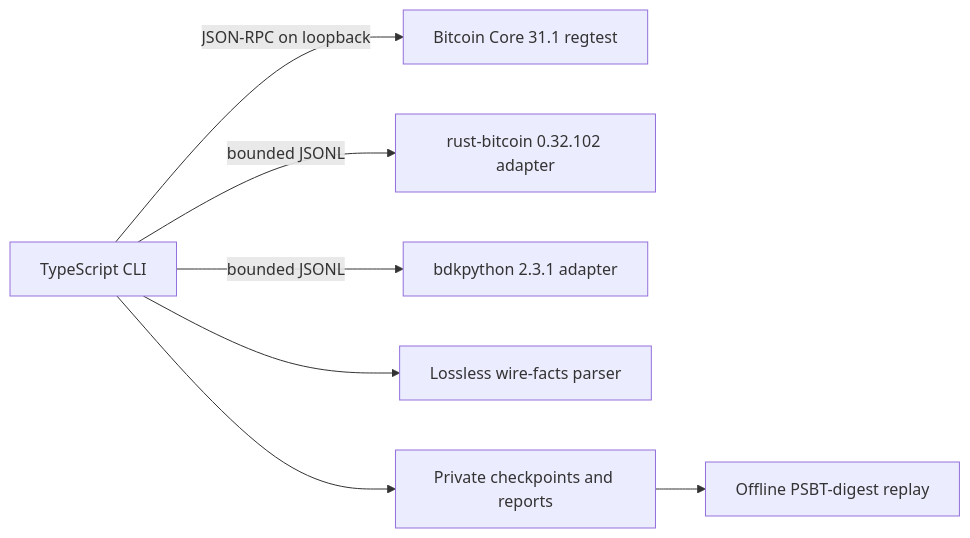
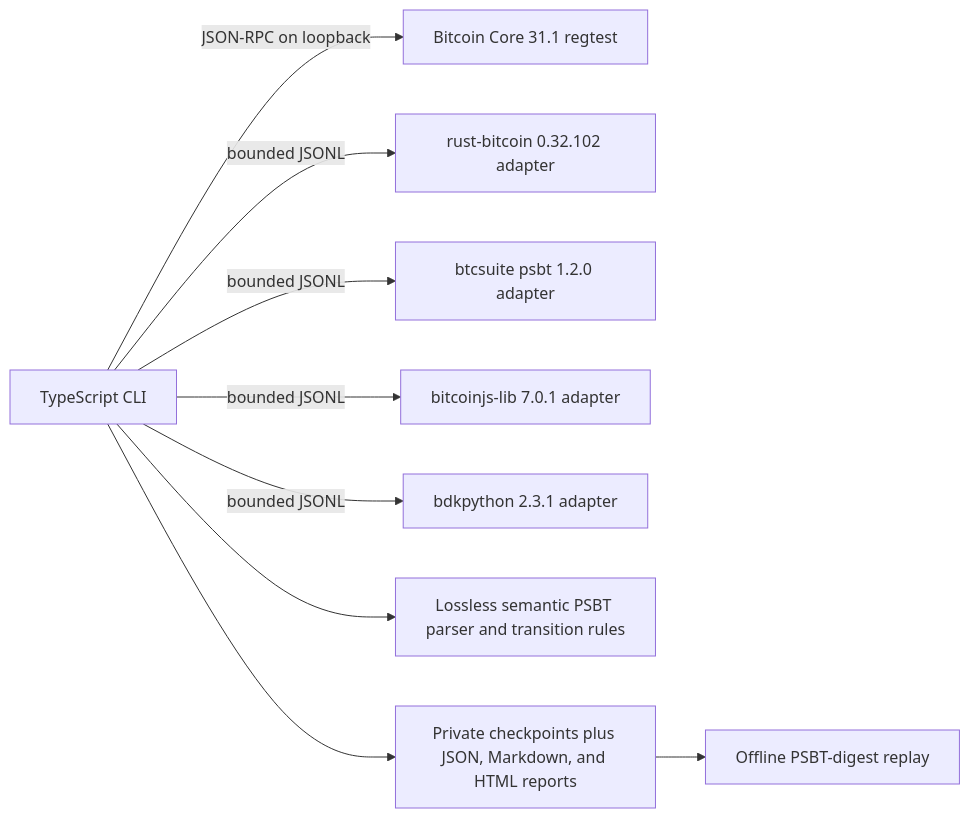
The diagram in docs/architecture.md (GautamBytes/psbt-interop-lab), drawn with Mermaid before and after one commit. The commit also changed other lines of this file and 13 other files, not shown here.

````diff
--- a/docs/architecture.md
+++ b/docs/architecture.md
@@ -10,9 +10,11 @@
 ```mermaid
 flowchart LR
   CLI["TypeScript CLI"] -->|"JSON-RPC on loopback"| Core["Bitcoin Core 31.1 regtest"]
   CLI -->|"bounded JSONL"| Rust["rust-bitcoin 0.32.102 adapter"]
+  CLI -->|"bounded JSONL"| Go["btcsuite psbt 1.2.0 adapter"]
+  CLI -->|"bounded JSONL"| JS["bitcoinjs-lib 7.0.1 adapter"]
   CLI -->|"bounded JSONL"| BDK["bdkpython 2.3.1 adapter"]
-  CLI --> Facts["Lossless wire-facts parser"]
-  CLI --> Artifacts["Private checkpoints and reports"]
+  CLI --> Facts["Lossless semantic PSBT parser and transition rules"]
+  CLI --> Artifacts["Private checkpoints plus JSON, Markdown, and HTML reports"]
   Artifacts --> Replay["Offline PSBT-digest replay"]
 ```
````
